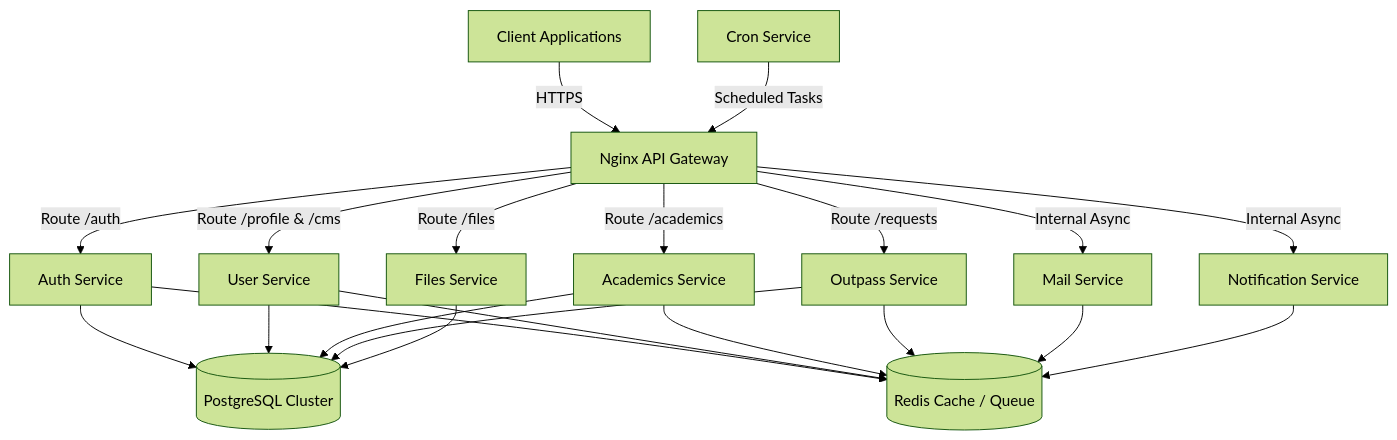
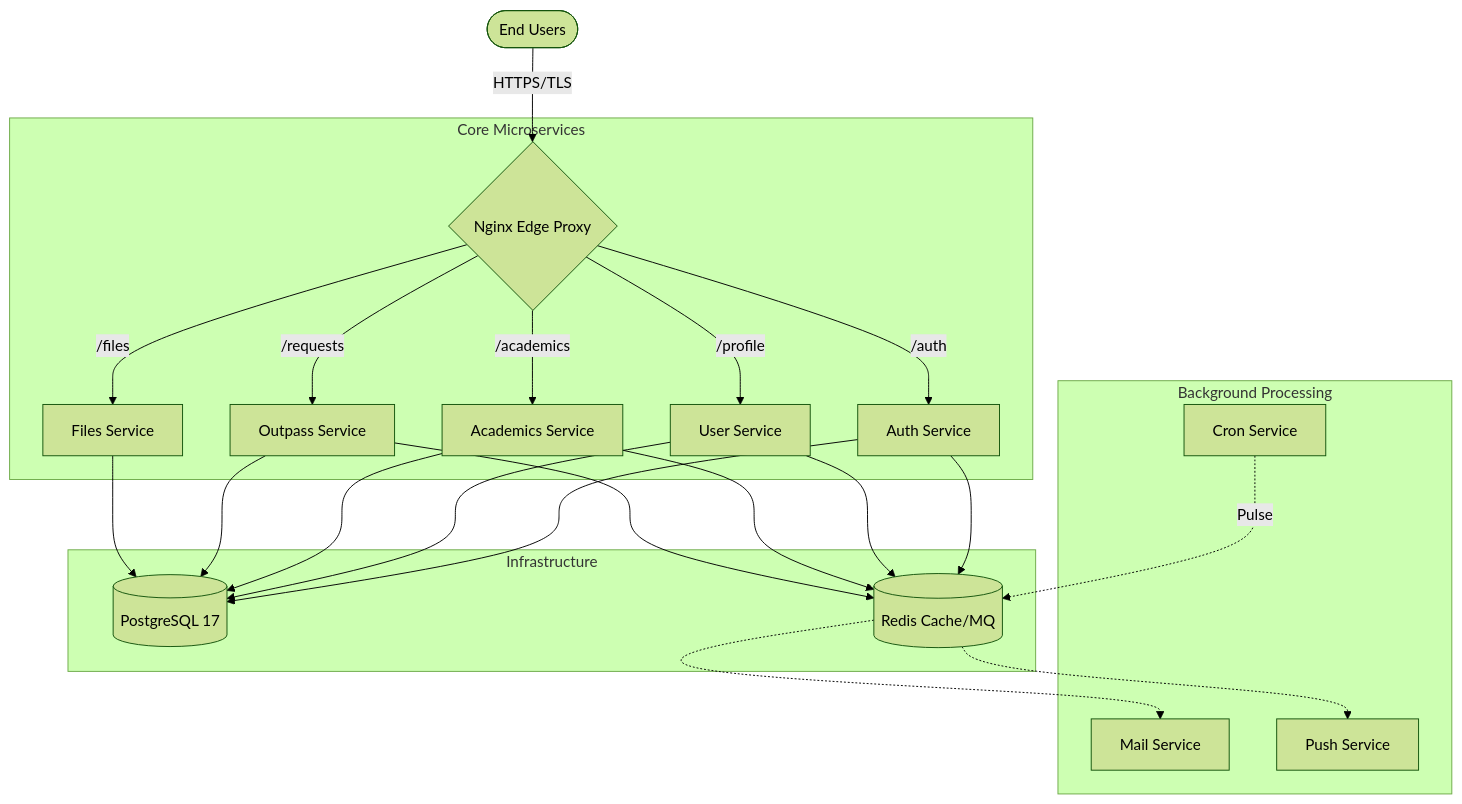
One commit to uniz-rguktong/uniz-master changed the diagram in README.md. Above: the diagram before and after it, drawn with Mermaid (forest theme). The commit also changed other lines of this file and 4 other files, not shown here.

````diff
--- a/README.md
+++ b/README.md
@@ -40,17 +31,23 @@
 ```mermaid
 graph TD
-    CLIENT[Client Applications] -->|HTTPS| GATEWAY[Nginx API Gateway]
+    User([End Users]) -->|HTTPS/TLS| Nginx{Nginx Edge Proxy}
 
-    GATEWAY -->|Route /auth| AUTH[Auth Service]
-    GATEWAY -->|Route /profile & /cms| USER[User Service]
-    GATEWAY -->|Route /academics| ACAD[Academics Service]
-    GATEWAY -->|Route /requests| OUTPASS[Outpass Service]
-    GATEWAY -->|Route /files| FILES[Files Service]
-    GATEWAY -->|Internal Async| MAIL[Mail Service]
-    GATEWAY -->|Internal Async| NOTIF[Notification Service]
+    subgraph "Core Microservices"
+        Nginx -->|/auth| Auth[Auth Service]
+        Nginx -->|/profile| UserS[User Service]
+        Nginx -->|/academics| Acad[Academics Service]
+        Nginx -->|/requests| Out[Outpass Service]
+        Nginx -->|/files| File[Files Service]
+    end
 
-    CRON[Cron Service] -->|Scheduled Tasks| GATEWAY
+    subgraph "Infrastructure"
+        Auth & UserS & Acad & Out & File --> DB[(PostgreSQL 17)]
+        Auth & UserS & Acad & Out --> Redis[(Redis Cache/MQ)]
+    end
 
-    AUTH & USER & ACAD & OUTPASS & FILES --> DB[(PostgreSQL Cluster)]
-    AUTH & USER & ACAD & OUTPASS & MAIL & NOTIF --> REDIS[(Redis Cache / Queue)]
+    subgraph "Background Processing"
+        Cron[Cron Service] -.->|Pulse| Redis
+        Redis -.-> Mail[Mail Service]
+        Redis -.-> Notif[Push Service]
+    end
 ```
````
